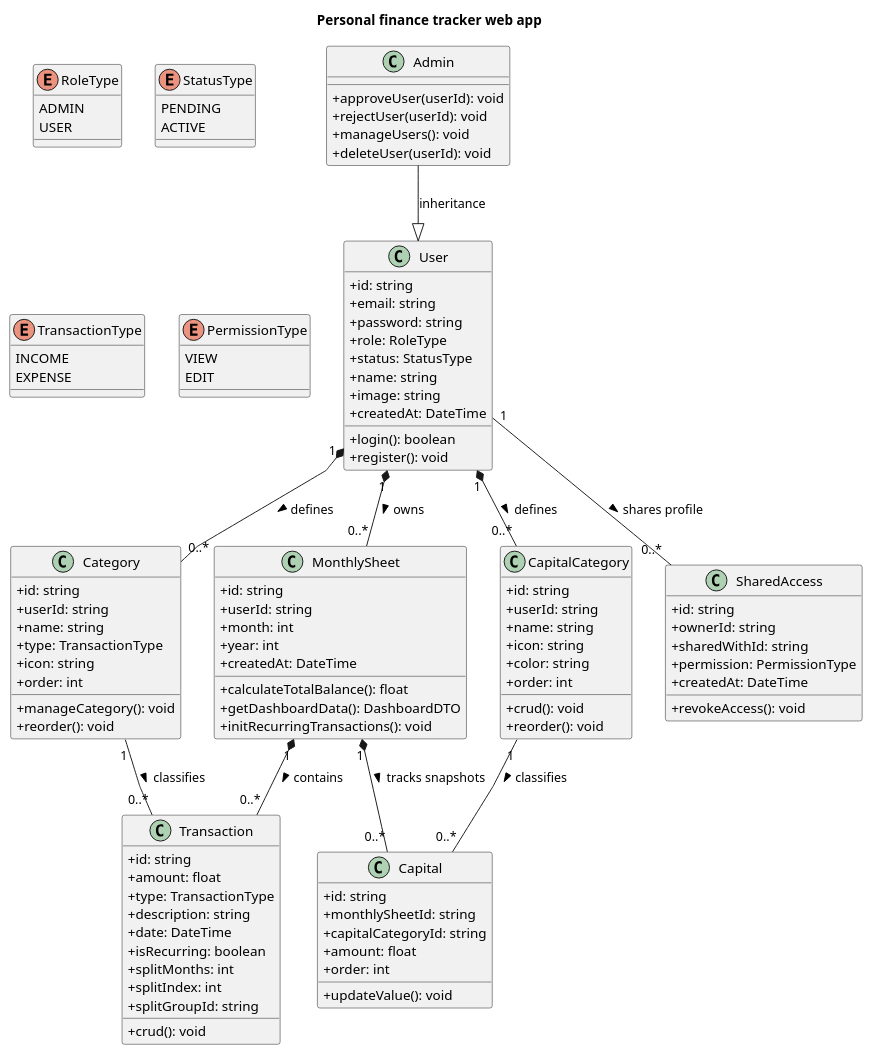
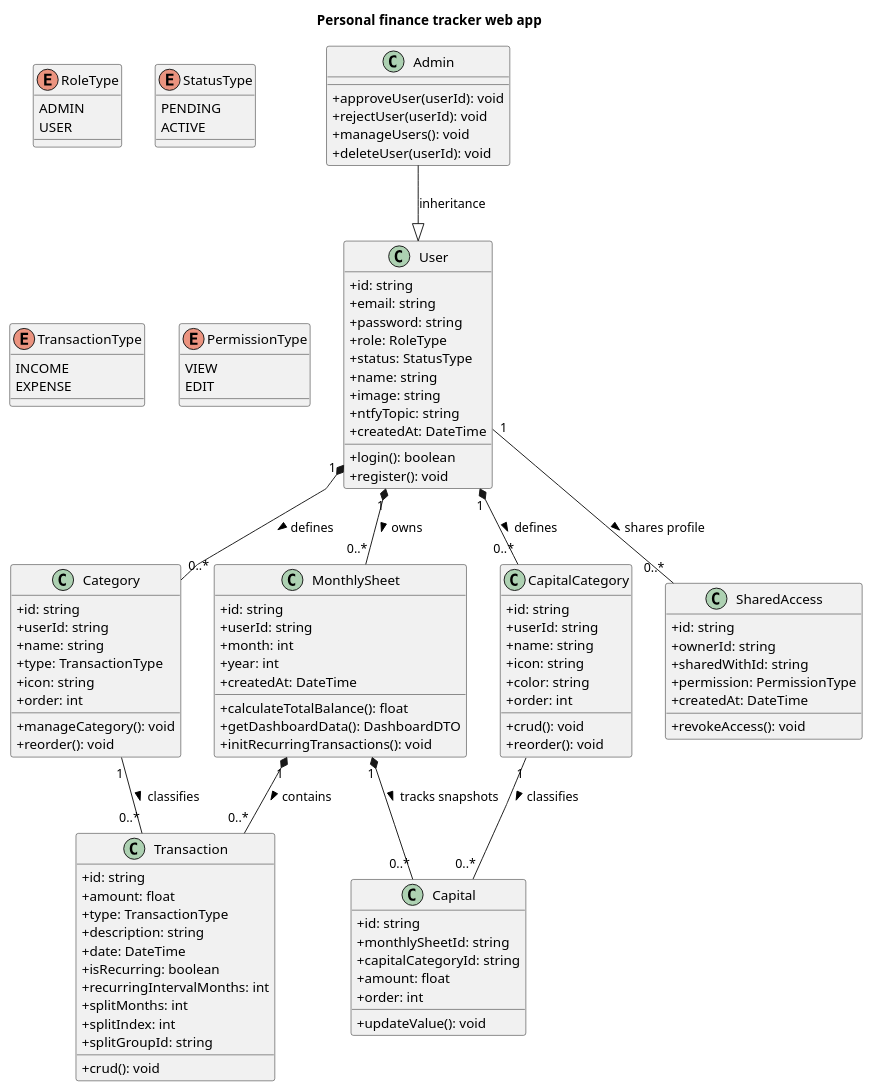
One commit to lukrencijus/finance-web-app changed the diagram in doc/class_updated.puml. Above: the diagram before and after it, drawn with PlantUML. The commit also changed 7 other files, not shown here.

```diff
--- a/doc/class_updated.puml
+++ b/doc/class_updated.puml
@@ -1,121 +1,123 @@
 @startuml
 skinparam classAttributeIconSize 0
 skinparam linetype polyline
  
 title Personal finance tracker web app
  
 class User {
   +id: string
   +email: string
   +password: string
   +role: RoleType
   +status: StatusType
   +name: string
   +image: string
+  +ntfyTopic: string
   +createdAt: DateTime
   +login(): boolean
   +register(): void
 }
  
 class Admin {
   +approveUser(userId): void
   +rejectUser(userId): void
   +manageUsers(): void
   +deleteUser(userId): void
 }
  
 class MonthlySheet {
   +id: string
   +userId: string
   +month: int
   +year: int
   +createdAt: DateTime
   +calculateTotalBalance(): float
   +getDashboardData(): DashboardDTO
   +initRecurringTransactions(): void
 }
  
 class Transaction {
   +id: string
   +amount: float
   +type: TransactionType
   +description: string
   +date: DateTime
   +isRecurring: boolean
+  +recurringIntervalMonths: int
   +splitMonths: int
   +splitIndex: int
   +splitGroupId: string
   +crud(): void
 }
  
 class Category {
   +id: string
   +userId: string
   +name: string
   +type: TransactionType
   +icon: string
   +order: int
   +manageCategory(): void
   +reorder(): void
 }
  
 class Capital {
   +id: string
   +monthlySheetId: string
   +capitalCategoryId: string
   +amount: float
   +order: int
   +updateValue(): void
 }
  
 class CapitalCategory {
   +id: string
   +userId: string
   +name: string
   +icon: string
   +color: string
   +order: int
   +crud(): void
   +reorder(): void
 }
  
 class SharedAccess {
   +id: string
   +ownerId: string
   +sharedWithId: string
   +permission: PermissionType
   +createdAt: DateTime
   +revokeAccess(): void
 }
  
 enum RoleType { 
   ADMIN
   USER 
 }
 
 enum StatusType { 
   PENDING
   ACTIVE 
 }
 
 enum TransactionType { 
   INCOME
   EXPENSE 
 }
 
 enum PermissionType { 
   VIEW
   EDIT 
 }
  
 Admin --|> User : inheritance
 User "1" *-- "0..*" MonthlySheet : owns >
 User "1" *-- "0..*" Category : defines >
 User "1" *-- "0..*" CapitalCategory : defines >
 MonthlySheet "1" *-- "0..*" Transaction : contains >
 MonthlySheet "1" *-- "0..*" Capital : tracks snapshots >
 Category "1" -- "0..*" Transaction : classifies >
 CapitalCategory "1" -- "0..*" Capital : classifies >
 User "1" -- "0..*" SharedAccess : shares profile >
  
 @enduml
```
